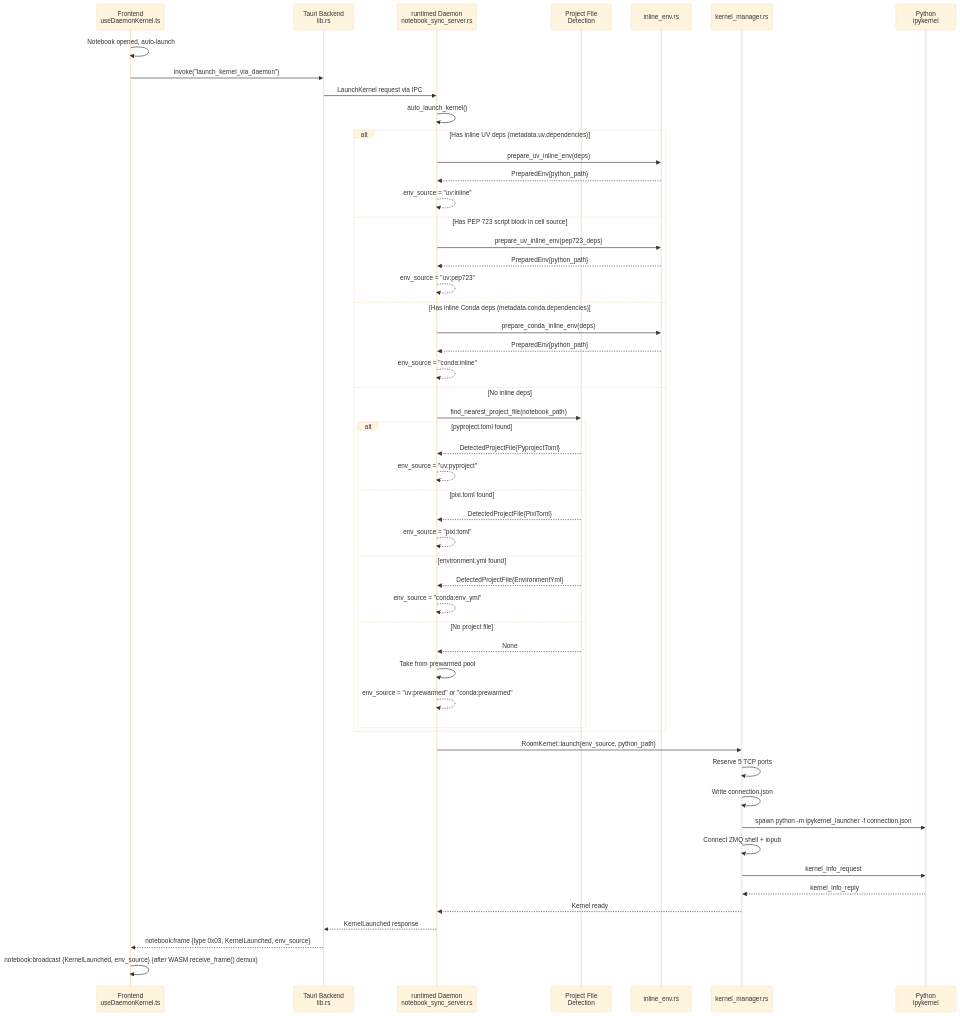
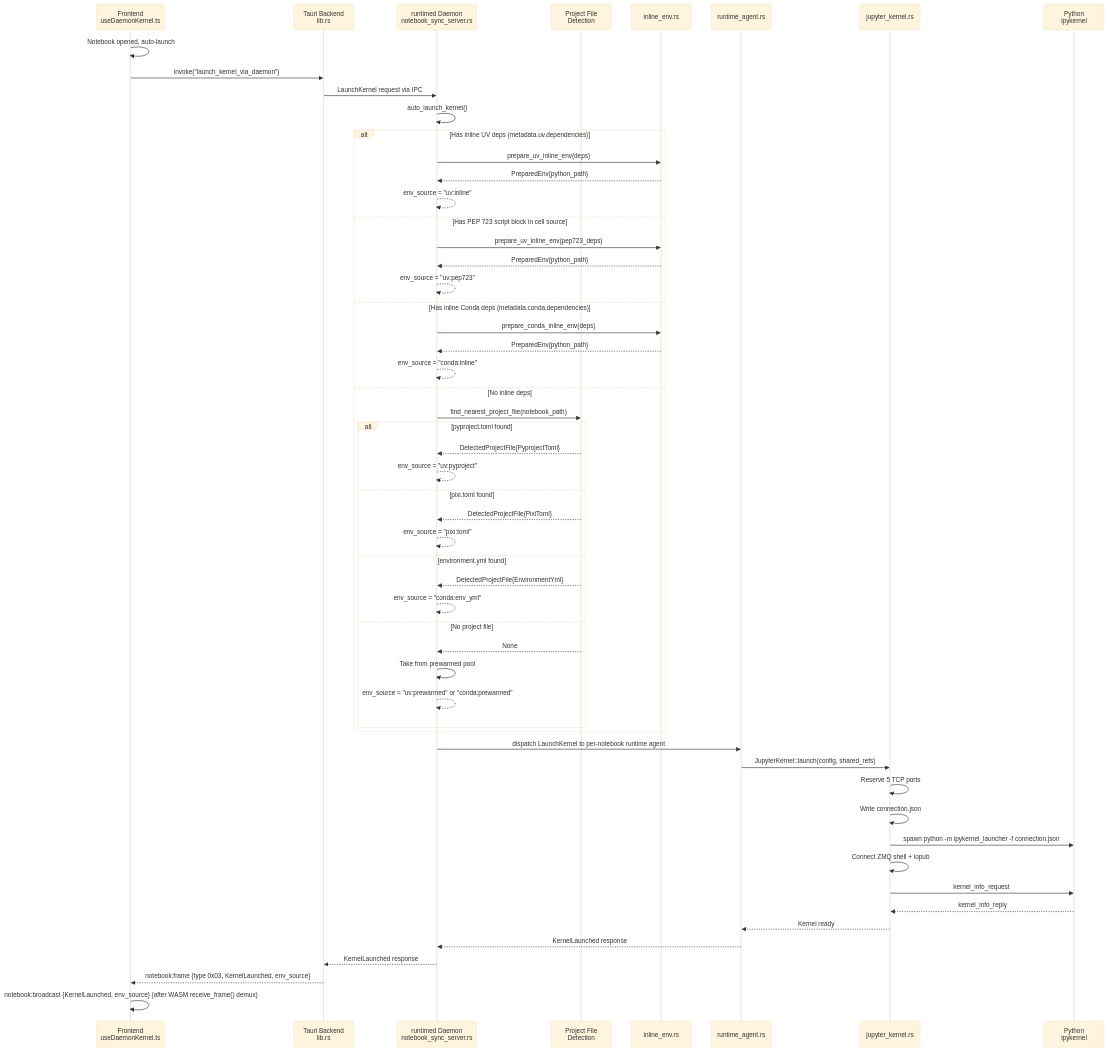
The second of 3 diagrams in contributing/environments.md (nteract/desktop), drawn with Mermaid (base theme) before and after one commit. The commit also changed other lines of this file and 4 other files, not shown here.

First line of the commit message:
docs: refresh stale RoomKernel/kernel_manager.rs references

````diff
--- a/contributing/environments.md
+++ b/contributing/environments.md
@@ -162,59 +164,62 @@
 ```mermaid
 sequenceDiagram
     participant FE as Frontend<br/>useDaemonKernel.ts
     participant TC as Tauri Backend<br/>lib.rs
     participant DM as runtimed Daemon<br/>notebook_sync_server.rs
     participant PF as Project File<br/>Detection
     participant IE as inline_env.rs
-    participant KM as kernel_manager.rs
+    participant RA as runtime_agent.rs
+    participant JK as jupyter_kernel.rs
     participant PY as Python<br/>ipykernel
 
     FE->>FE: Notebook opened, auto-launch
     FE->>TC: invoke("launch_kernel_via_daemon")
     TC->>DM: LaunchKernel request via IPC
 
     DM->>DM: auto_launch_kernel()
 
     alt Has inline UV deps (metadata.uv.dependencies)
         DM->>IE: prepare_uv_inline_env(deps)
         IE-->>DM: PreparedEnv{python_path}
         DM-->>DM: env_source = "uv:inline"
     else Has PEP 723 script block in cell source
         DM->>IE: prepare_uv_inline_env(pep723_deps)
         IE-->>DM: PreparedEnv{python_path}
         DM-->>DM: env_source = "uv:pep723"
     else Has inline Conda deps (metadata.conda.dependencies)
         DM->>IE: prepare_conda_inline_env(deps)
         IE-->>DM: PreparedEnv{python_path}
         DM-->>DM: env_source = "conda:inline"
     else No inline deps
         DM->>PF: find_nearest_project_file(notebook_path)
         alt pyproject.toml found
             PF-->>DM: DetectedProjectFile{PyprojectToml}
             DM-->>DM: env_source = "uv:pyproject"
         else pixi.toml found
             PF-->>DM: DetectedProjectFile{PixiToml}
             DM-->>DM: env_source = "pixi:toml"
         else environment.yml found
             PF-->>DM: DetectedProjectFile{EnvironmentYml}
             DM-->>DM: env_source = "conda:env_yml"
         else No project file
             PF-->>DM: None
             DM->>DM: Take from prewarmed pool
             DM-->>DM: env_source = "uv:prewarmed" or "conda:prewarmed"
         end
     end
 
-    DM->>KM: RoomKernel::launch(env_source, python_path)
-    KM->>KM: Reserve 5 TCP ports
-    KM->>KM: Write connection.json
-    KM->>PY: spawn python -m ipykernel_launcher -f connection.json
-    KM->>KM: Connect ZMQ shell + iopub
-    KM->>PY: kernel_info_request
-    PY-->>KM: kernel_info_reply
-    KM-->>DM: Kernel ready
+    DM->>RA: dispatch LaunchKernel to per-notebook runtime agent
+    RA->>JK: JupyterKernel::launch(config, shared_refs)
+    JK->>JK: Reserve 5 TCP ports
+    JK->>JK: Write connection.json
+    JK->>PY: spawn python -m ipykernel_launcher -f connection.json
+    JK->>JK: Connect ZMQ shell + iopub
+    JK->>PY: kernel_info_request
+    PY-->>JK: kernel_info_reply
+    JK-->>RA: Kernel ready
+    RA-->>DM: KernelLaunched response
 
     DM-->>TC: KernelLaunched response
     TC-->>FE: notebook:frame {type 0x03, KernelLaunched, env_source}
     FE->>FE: notebook:broadcast {KernelLaunched, env_source} (after WASM receive_frame() demux)
 ```
````
